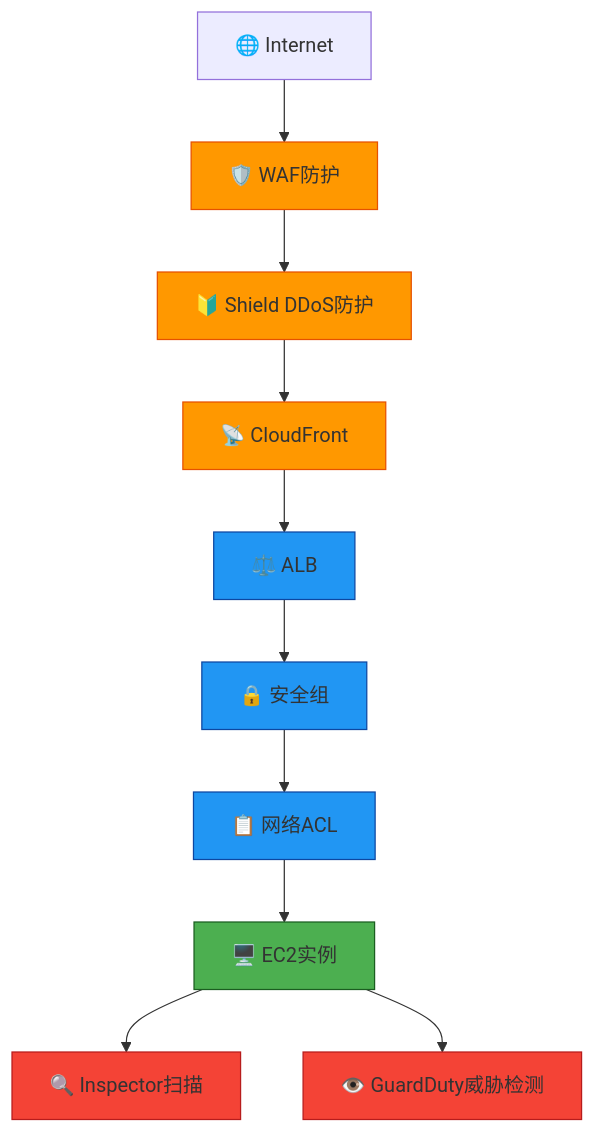
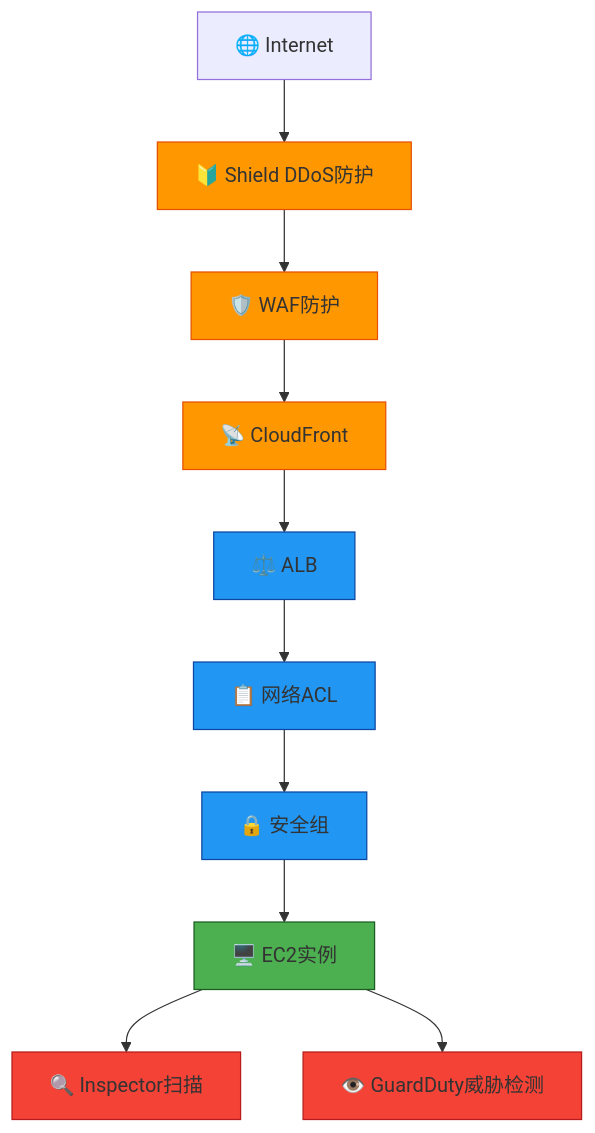
Diagram 12 of 27 in AWS_技术支持工程师学习路径.md (rjwang1982/tech_study), drawn with Mermaid before and after one commit. The commit also changed other lines of this file, not shown here.

Commit message:
v1.1: 优化文档内容 - 修正网络安全流程图顺序，精简推荐资源

````diff
--- a/AWS_技术支持工程师学习路径.md
+++ b/AWS_技术支持工程师学习路径.md
@@ -862,24 +862,24 @@
 ```mermaid
 flowchart TB
-    Internet[🌐 Internet] --> WAF[🛡️ WAF防护]
-    WAF --> Shield[🔰 Shield DDoS防护]
-    Shield --> CloudFront[📡 CloudFront]
+    Internet[🌐 Internet] --> Shield[🔰 Shield DDoS防护]
+    Shield --> WAF[🛡️ WAF防护]
+    WAF --> CloudFront[📡 CloudFront]
     CloudFront --> ALB[⚖️ ALB]
     
-    ALB --> SG[🔒 安全组]
-    SG --> NACL[📋 网络ACL]
-    NACL --> EC2[🖥️ EC2实例]
+    ALB --> NACL[📋 网络ACL]
+    NACL --> SG[🔒 安全组]
+    SG --> EC2[🖥️ EC2实例]
     
     EC2 --> Inspector[🔍 Inspector扫描]
     EC2 --> GuardDuty[👁️ GuardDuty威胁检测]
     
     classDef edge fill:#ff9800,stroke:#e65100
     classDef network fill:#2196f3,stroke:#0d47a1
     classDef compute fill:#4caf50,stroke:#1b5e20
     classDef security fill:#f44336,stroke:#b71c1c
     
-    class WAF,Shield,CloudFront edge
-    class ALB,SG,NACL network
+    class Shield,WAF,CloudFront edge
+    class ALB,NACL,SG network
     class EC2 compute
     class Inspector,GuardDuty security
 ```
````
